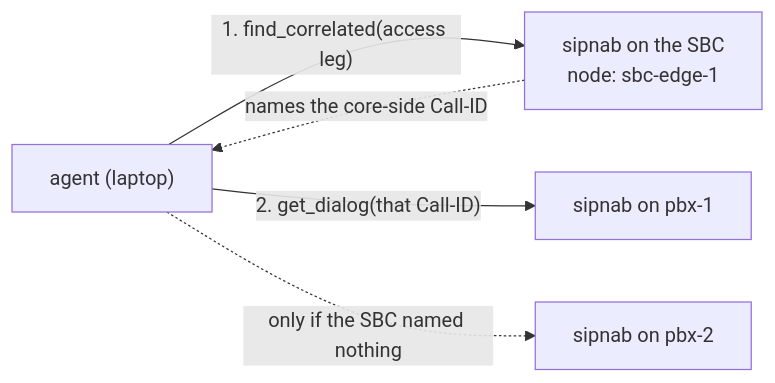
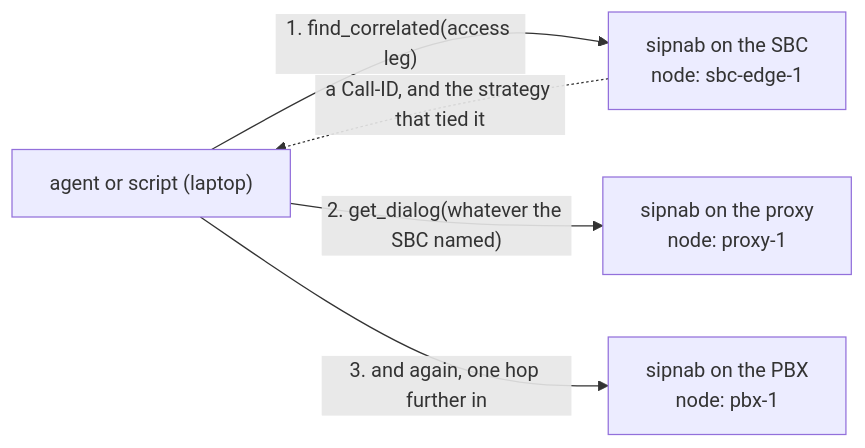
One commit to NormB/sipnab changed the fifth of 7 diagrams in docs/mcp-walkthrough.md. Above: the diagram before and after it, drawn with Mermaid. The commit also changed other lines of this file and 5 other files, not shown here.

````diff
--- a/docs/mcp-walkthrough.md
+++ b/docs/mcp-walkthrough.md
@@ -788,12 +796,12 @@
 ```mermaid
 flowchart LR
-    AG["agent (laptop)"]
+    AG["agent or script (laptop)"]
     SBC["sipnab on the SBC<br/>node: sbc-edge-1"]
-    P1["sipnab on pbx-1"]
-    P2["sipnab on pbx-2"]
+    PX["sipnab on the proxy<br/>node: proxy-1"]
+    P1["sipnab on the PBX<br/>node: pbx-1"]
 
     AG -->|"1. find_correlated(access leg)"| SBC
-    SBC -.->|"names the core-side Call-ID"| AG
-    AG -->|"2. get_dialog(that Call-ID)"| P1
-    AG -.->|"only if the SBC named nothing"| P2
+    SBC -.->|"a Call-ID, and the strategy that tied it"| AG
+    AG -->|"2. get_dialog(whatever the SBC named)"| PX
+    AG -->|"3. and again, one hop further in"| P1
 ```
````
